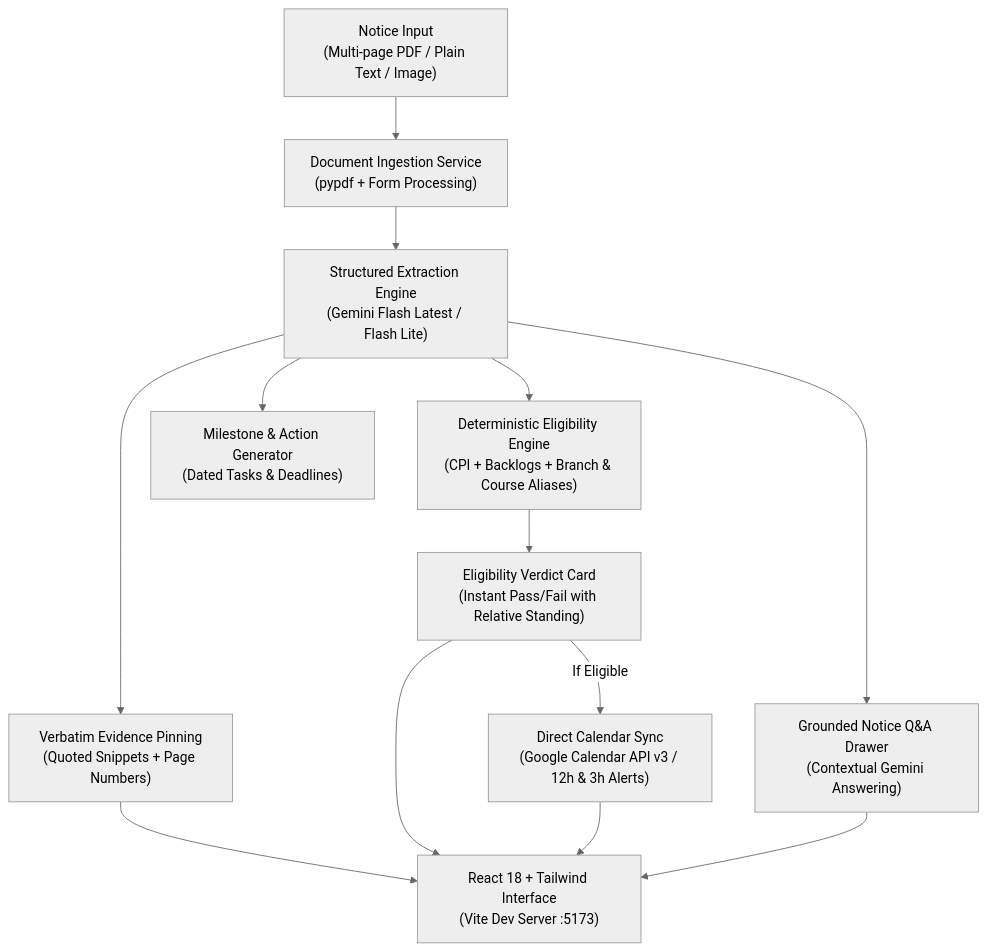
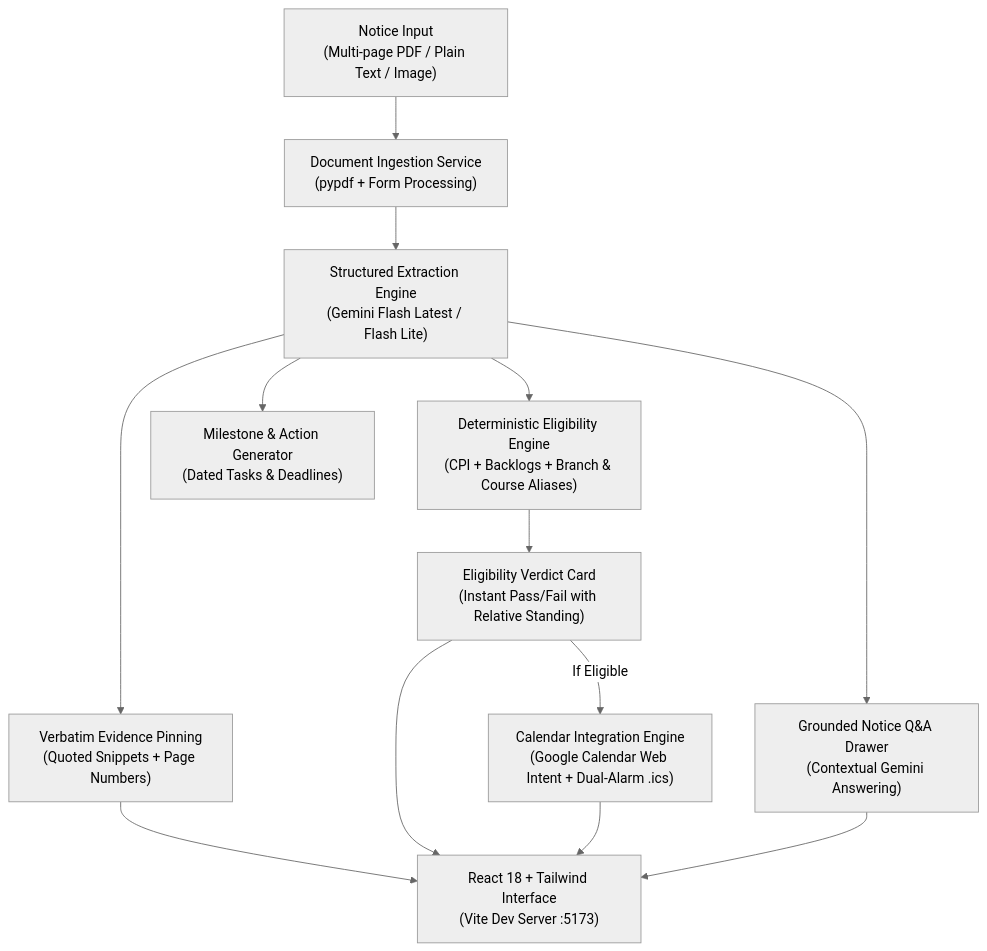
The diagram in README.md (Yashwardhan61/DocuPilot), drawn with Mermaid (neutral theme) before and after one commit. The commit also changed other lines of this file and 1 other file, not shown here.

````diff
--- a/README.md
+++ b/README.md
@@ -56,19 +78,19 @@
 ```mermaid
 flowchart TD
     A["Notice Input\n(Multi-page PDF / Plain Text / Image)"] --> B["Document Ingestion Service\n(pypdf + Form Processing)"]
     B --> C["Structured Extraction Engine\n(Gemini Flash Latest / Flash Lite)"]
     
     C --> D["Verbatim Evidence Pinning\n(Quoted Snippets + Page Numbers)"]
     C --> E["Deterministic Eligibility Engine\n(CPI + Backlogs + Branch & Course Aliases)"]
     C --> F["Milestone & Action Generator\n(Dated Tasks & Deadlines)"]
     
     E --> G["Eligibility Verdict Card\n(Instant Pass/Fail with Relative Standing)"]
     
-    G -->|"If Eligible"| H["Direct Calendar Sync\n(Google Calendar API v3 / 12h & 3h Alerts)"]
+    G -->|"If Eligible"| H["Calendar Integration Engine\n(Google Calendar Web Intent + Dual-Alarm .ics)"]
     
     D --> J["React 18 + Tailwind Interface\n(Vite Dev Server :5173)"]
     G --> J
     H --> J
     C --> K["Grounded Notice Q&A Drawer\n(Contextual Gemini Answering)"]
     K --> J
 ```
````
